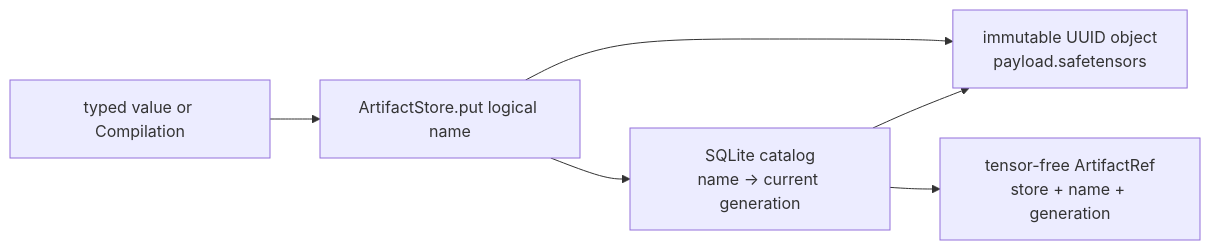
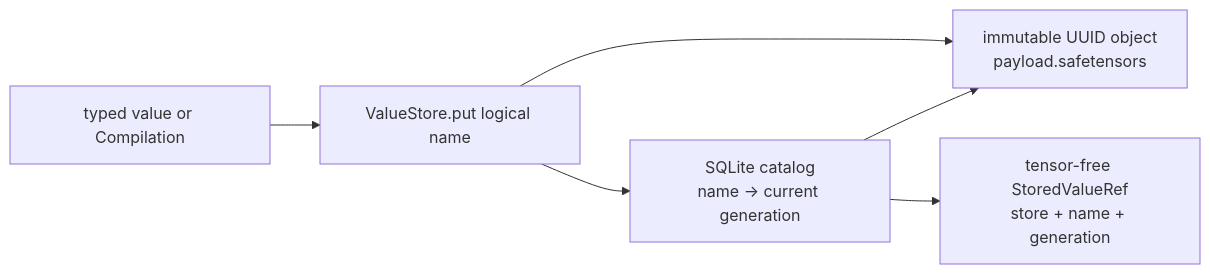
Before and after one commit to visualDust/fhelium: the third of 4 diagrams in docs/concepts/execution/serialization-and-artifacts.md, drawn with Mermaid. The commit also changed other lines of this file and 475 other files, not shown here.

````diff
--- a/docs/concepts/execution/serialization-and-artifacts.md
+++ b/docs/concepts/execution/serialization-and-artifacts.md
@@ -90,13 +110,13 @@
 ```mermaid
 graph LR
     VALUE[typed value or Compilation]
-    PUT[ArtifactStore.put logical name]
+    PUT[ValueStore.put logical name]
     OBJECT[immutable UUID object<br/>payload.safetensors]
     CATALOG[SQLite catalog<br/>name → current generation]
-    REF[tensor-free ArtifactRef<br/>store + name + generation]
+    REF[tensor-free StoredValueRef<br/>store + name + generation]
     VALUE --> PUT
     PUT --> OBJECT
     PUT --> CATALOG
     CATALOG --> OBJECT
     CATALOG --> REF
 ```
````
